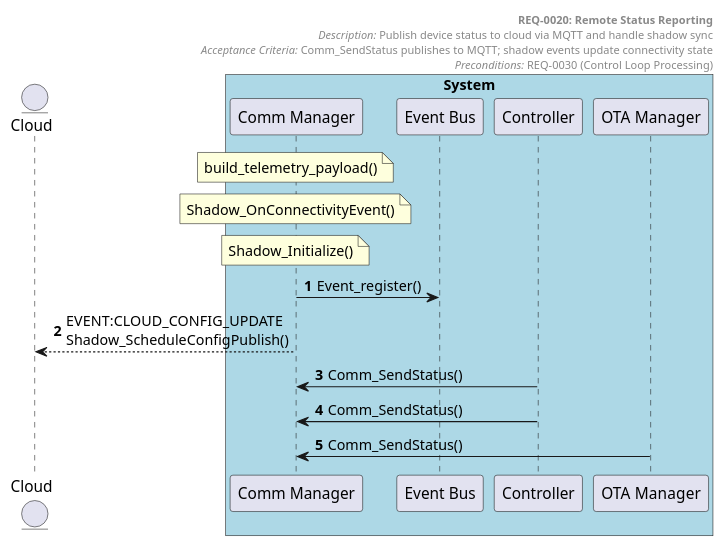
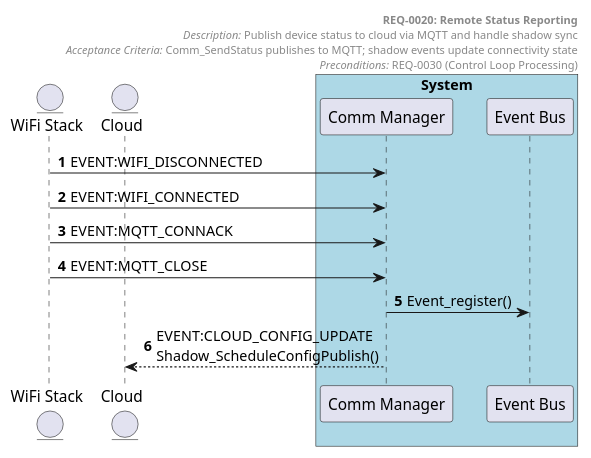
One commit to tvanfossen/doxygen-guard-example changed the diagram in docs/generated/sequences/REQ-0020.puml. Above: the diagram before and after it, drawn with PlantUML. The commit also changed 18 other files, not shown here.

First line of the commit message:
Add provisioning example, regenerate all diagrams with AST pipeline

```diff
--- a/docs/generated/sequences/REQ-0020.puml
+++ b/docs/generated/sequences/REQ-0020.puml
@@ -1,30 +1,27 @@
 @startuml REQ-0020 Remote Status Reporting
 autonumber
 
+entity "WiFi Stack" as WiFi_Stack
 entity "Cloud" as Cloud
 
 box "System" #LightBlue
   participant "Comm Manager" as Comm_Manager
   participant "Event Bus" as Event_Bus
-  participant "Controller" as Controller
-  participant "OTA Manager" as OTA_Manager
 end box
 
 header
   **REQ-0020: Remote Status Reporting**
   //Description:// Publish device status to cloud via MQTT and handle shadow sync
   //Acceptance Criteria:// Comm_SendStatus publishes to MQTT; shadow events update connectivity state
   //Preconditions:// REQ-0030 (Control Loop Processing)
 end header
 
-note over Comm_Manager: build_telemetry_payload()
-note over Comm_Manager: Shadow_OnConnectivityEvent()
-note over Comm_Manager: Shadow_Initialize()
 
+WiFi_Stack -> Comm_Manager: EVENT:WIFI_DISCONNECTED
+WiFi_Stack -> Comm_Manager: EVENT:WIFI_CONNECTED
+WiFi_Stack -> Comm_Manager: EVENT:MQTT_CONNACK
+WiFi_Stack -> Comm_Manager: EVENT:MQTT_CLOSE
 Comm_Manager -> Event_Bus: Event_register()
 Comm_Manager --> Cloud: EVENT:CLOUD_CONFIG_UPDATE\nShadow_ScheduleConfigPublish()
-Controller -> Comm_Manager: Comm_SendStatus()
-Controller -> Comm_Manager: Comm_SendStatus()
-OTA_Manager -> Comm_Manager: Comm_SendStatus()
 
 @enduml
```
